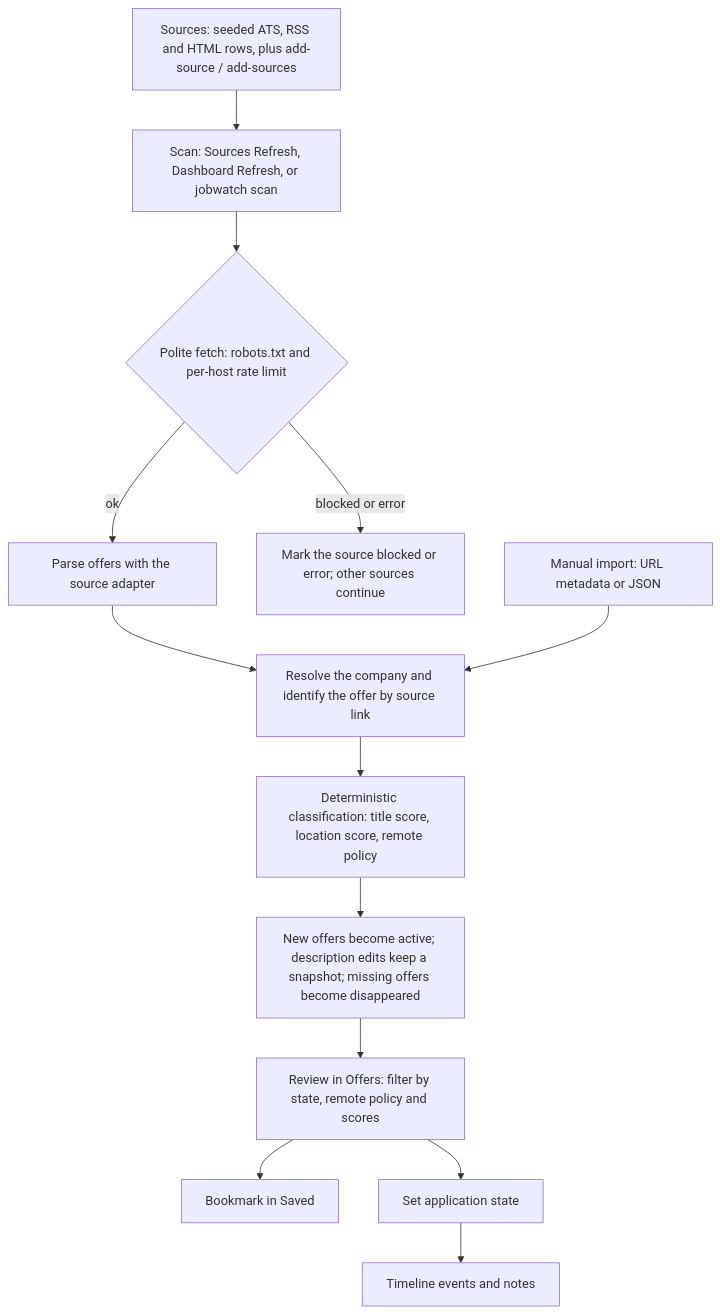
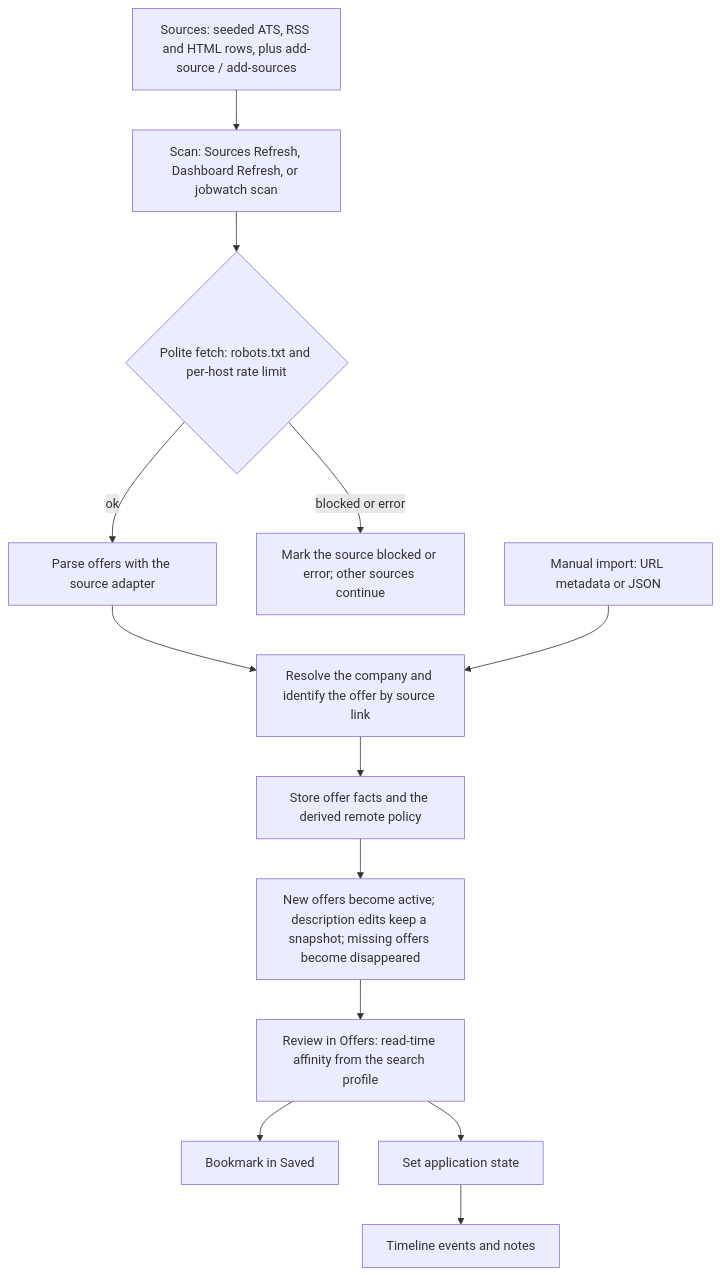
Before and after one commit to stepbeta/jobwatch: the diagram in README.md, drawn with Mermaid. The commit also changed other lines of this file and 68 other files, not shown here.

First line of the commit message:
feat: add search profiles and read-time classification affinities

````diff
--- a/README.md
+++ b/README.md
@@ -98,15 +100,15 @@
 ```mermaid
 flowchart TD
     A["Sources: seeded ATS, RSS and HTML rows, plus add-source / add-sources"] --> B["Scan: Sources Refresh, Dashboard Refresh, or jobwatch scan"]
     B --> C{"Polite fetch: robots.txt and per-host rate limit"}
     C -->|ok| D["Parse offers with the source adapter"]
     C -->|blocked or error| S["Mark the source blocked or error; other sources continue"]
     D --> E["Resolve the company and identify the offer by source link"]
-    E --> F["Deterministic classification: title score, location score, remote policy"]
+    E --> F["Store offer facts and the derived remote policy"]
     F --> G["New offers become active; description edits keep a snapshot; missing offers become disappeared"]
-    G --> H["Review in Offers: filter by state, remote policy and scores"]
+    G --> H["Review in Offers: read-time affinity from the search profile"]
     H --> I["Bookmark in Saved"]
     H --> J["Set application state"]
     J --> K["Timeline events and notes"]
     M["Manual import: URL metadata or JSON"] --> E
 ```
````
